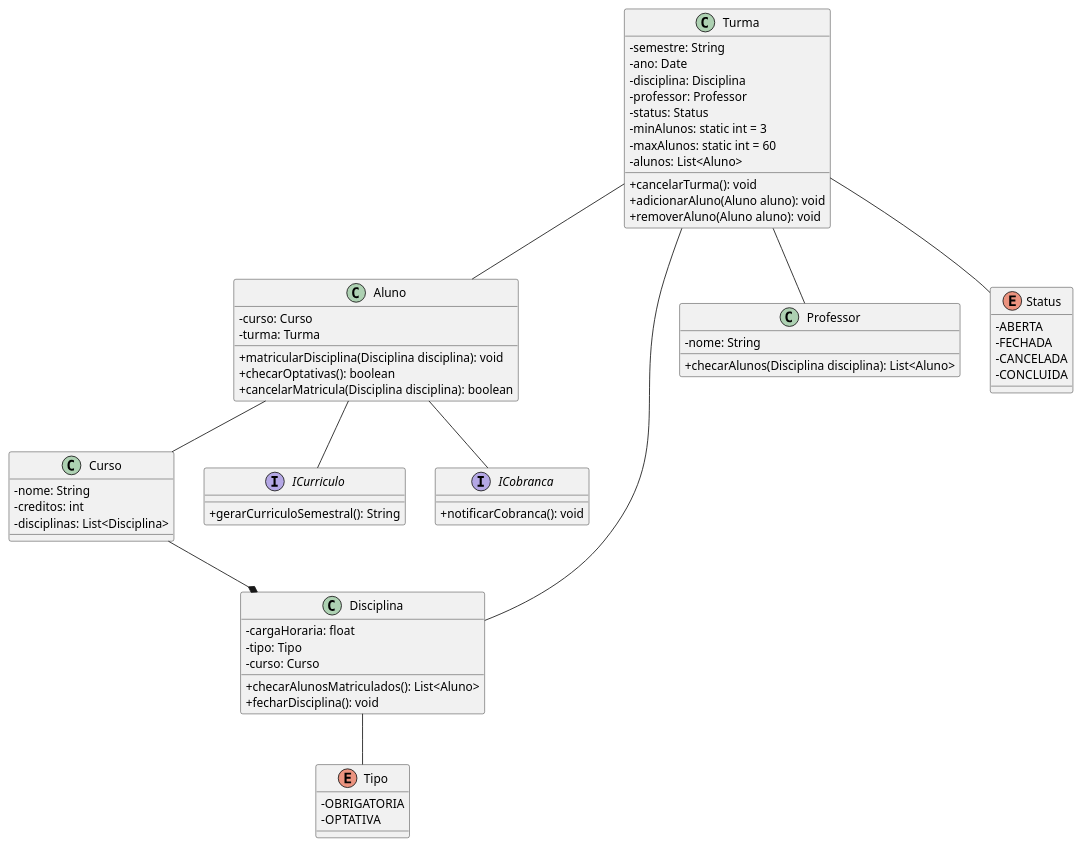
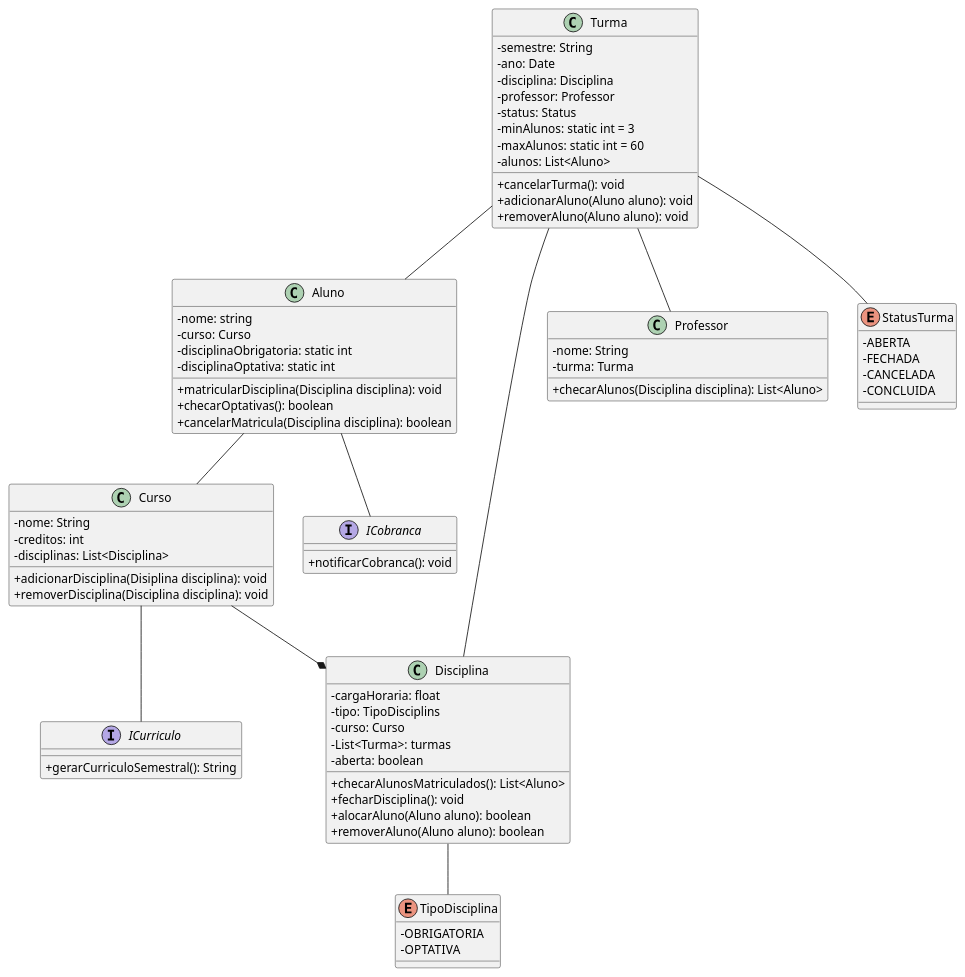
The diagram in Projeto/DiagramaDeClasses.puml (lucasxae/Enrollment-System), drawn with PlantUML before and after one commit. The commit also changed 14 other files, not shown here.

```diff
--- a/Projeto/DiagramaDeClasses.puml
+++ b/Projeto/DiagramaDeClasses.puml
@@ -1,74 +1,83 @@
 @startuml
 Aluno -- Curso
 Curso --* Disciplina
 Turma -- Professor
 Turma -- Aluno
 Turma -- Disciplina
-Aluno -- ICurriculo
+Curso -- ICurriculo
 Aluno -- ICobranca
-Disciplina -- Tipo
-Turma -- Status
+Disciplina -- TipoDisciplina
+Turma -- StatusTurma
 
 class Curso{
     - nome: String
     - creditos: int
     - disciplinas: List<Disciplina> 
+    + adicionarDisciplina(Disiplina disciplina): void
+    + removerDisciplina(Disciplina disciplina): void
 }
 
 interface ICurriculo{
     + gerarCurriculoSemestral(): String
 }
 
 interface ICobranca{
     + notificarCobranca(): void
 }
 
 class Aluno{
+    - nome: string
     - curso: Curso
-    - turma: Turma
+    - disciplinaObrigatoria: static int
+    - disciplinaOptativa: static int
     + matricularDisciplina(Disciplina disciplina): void
     + checarOptativas(): boolean
     + cancelarMatricula(Disciplina disciplina): boolean
 }
 
 class Professor{
     - nome: String
+    - turma: Turma
     + checarAlunos(Disciplina disciplina): List<Aluno>
 }
 
 class Disciplina {
     - cargaHoraria: float
-    - tipo: Tipo
+    - tipo: TipoDisciplins
     - curso: Curso
+    - List<Turma>: turmas
+    - aberta: boolean
     + checarAlunosMatriculados(): List<Aluno>
     + fecharDisciplina(): void
+    + alocarAluno(Aluno aluno): boolean
+    + removerAluno(Aluno aluno): boolean
 }
 
-enum Tipo {
+enum TipoDisciplina {
     - OBRIGATORIA
     - OPTATIVA
 }
 
 class Turma {
     - semestre: String
     - ano: Date
     - disciplina: Disciplina
     - professor: Professor
     - status: Status
     - minAlunos: static int = 3
     - maxAlunos: static int = 60
     - alunos: List<Aluno>
     + cancelarTurma(): void
     + adicionarAluno(Aluno aluno): void
     + removerAluno(Aluno aluno): void
 }
 
-enum Status {
+enum StatusTurma {
     - ABERTA
     - FECHADA
     - CANCELADA
     - CONCLUIDA
 }
 
 skinparam classAttributeIconSize 0
 @enduml
```
